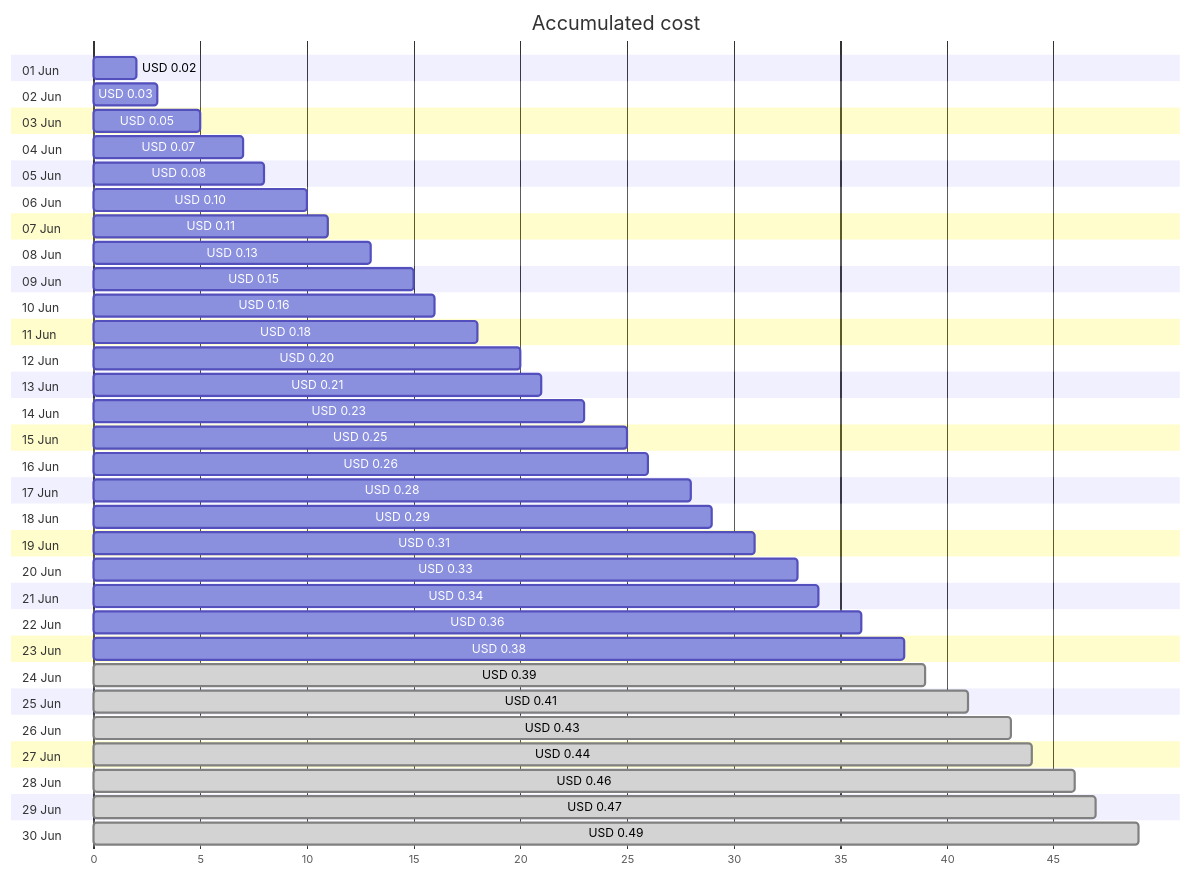
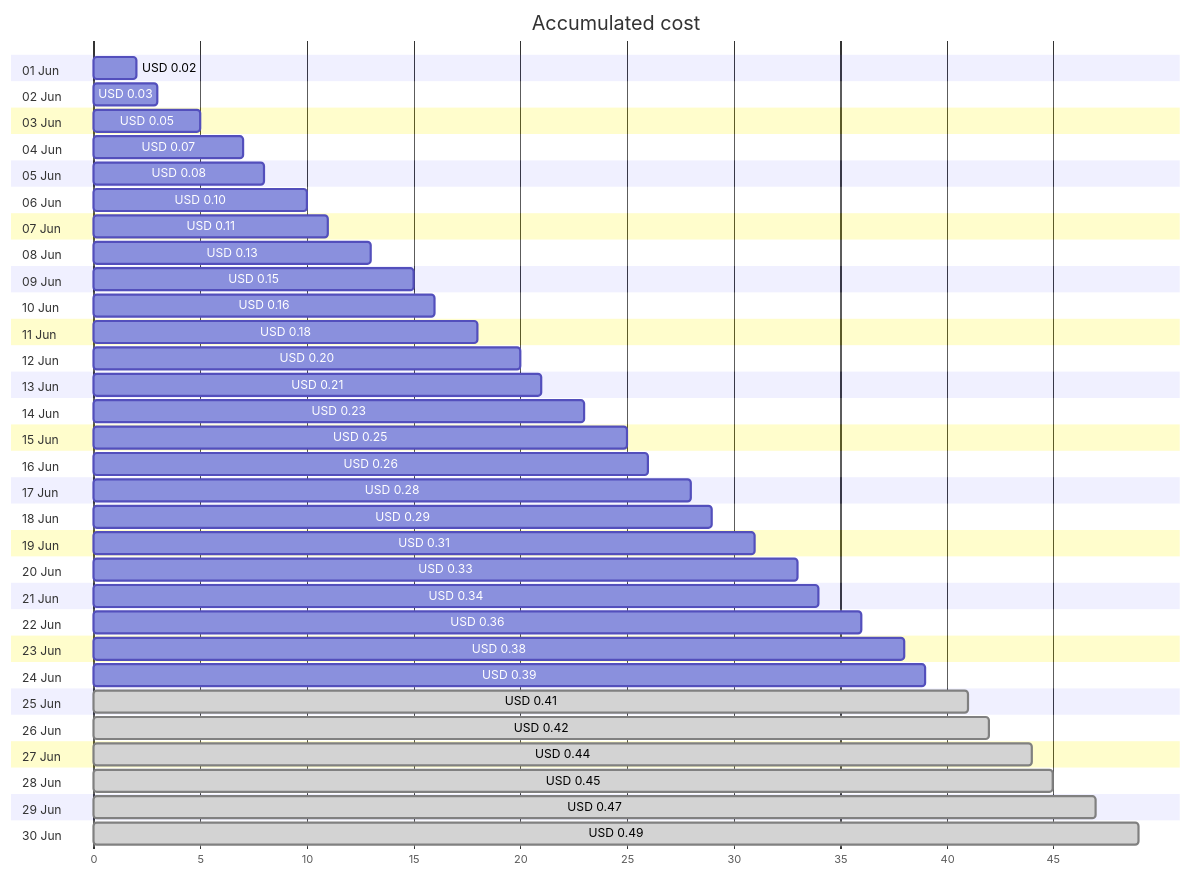
One commit to jpfulton/azure-personal-reports changed the first of 4 diagrams in cost-reports/personal-dns/jpatrickfulton.com.md. Above: the diagram before and after it, drawn with Mermaid. The commit also changed other lines of this file and 2 other files, not shown here.

````diff
--- a/cost-reports/personal-dns/jpatrickfulton.com.md
+++ b/cost-reports/personal-dns/jpatrickfulton.com.md
@@ -20,66 +20,66 @@
 ```mermaid
 gantt
    title Accumulated cost
    dateFormat  X
    axisFormat %s
    section 01 Jun
    USD 0.02 :0, 2
    section 02 Jun
    USD 0.03 :0, 3
    section 03 Jun
    USD 0.05 :0, 5
    section 04 Jun
    USD 0.07 :0, 7
    section 05 Jun
    USD 0.08 :0, 8
    section 06 Jun
    USD 0.10 :0, 10
    section 07 Jun
    USD 0.11 :0, 11
    section 08 Jun
    USD 0.13 :0, 13
    section 09 Jun
    USD 0.15 :0, 15
    section 10 Jun
    USD 0.16 :0, 16
    section 11 Jun
    USD 0.18 :0, 18
    section 12 Jun
    USD 0.20 :0, 20
    section 13 Jun
    USD 0.21 :0, 21
    section 14 Jun
    USD 0.23 :0, 23
    section 15 Jun
    USD 0.25 :0, 25
    section 16 Jun
    USD 0.26 :0, 26
    section 17 Jun
    USD 0.28 :0, 28
    section 18 Jun
    USD 0.29 :0, 29
    section 19 Jun
    USD 0.31 :0, 31
    section 20 Jun
    USD 0.33 :0, 33
    section 21 Jun
    USD 0.34 :0, 34
    section 22 Jun
    USD 0.36 :0, 36
    section 23 Jun
    USD 0.38 :0, 38
    section 24 Jun
-   USD 0.39 : done, 0, 39
+   USD 0.39 :0, 39
    section 25 Jun
    USD 0.41 : done, 0, 41
    section 26 Jun
-   USD 0.43 : done, 0, 43
+   USD 0.42 : done, 0, 42
    section 27 Jun
    USD 0.44 : done, 0, 44
    section 28 Jun
-   USD 0.46 : done, 0, 46
+   USD 0.45 : done, 0, 45
    section 29 Jun
    USD 0.47 : done, 0, 47
    section 30 Jun
    USD 0.49 : done, 0, 49
 ```
````
